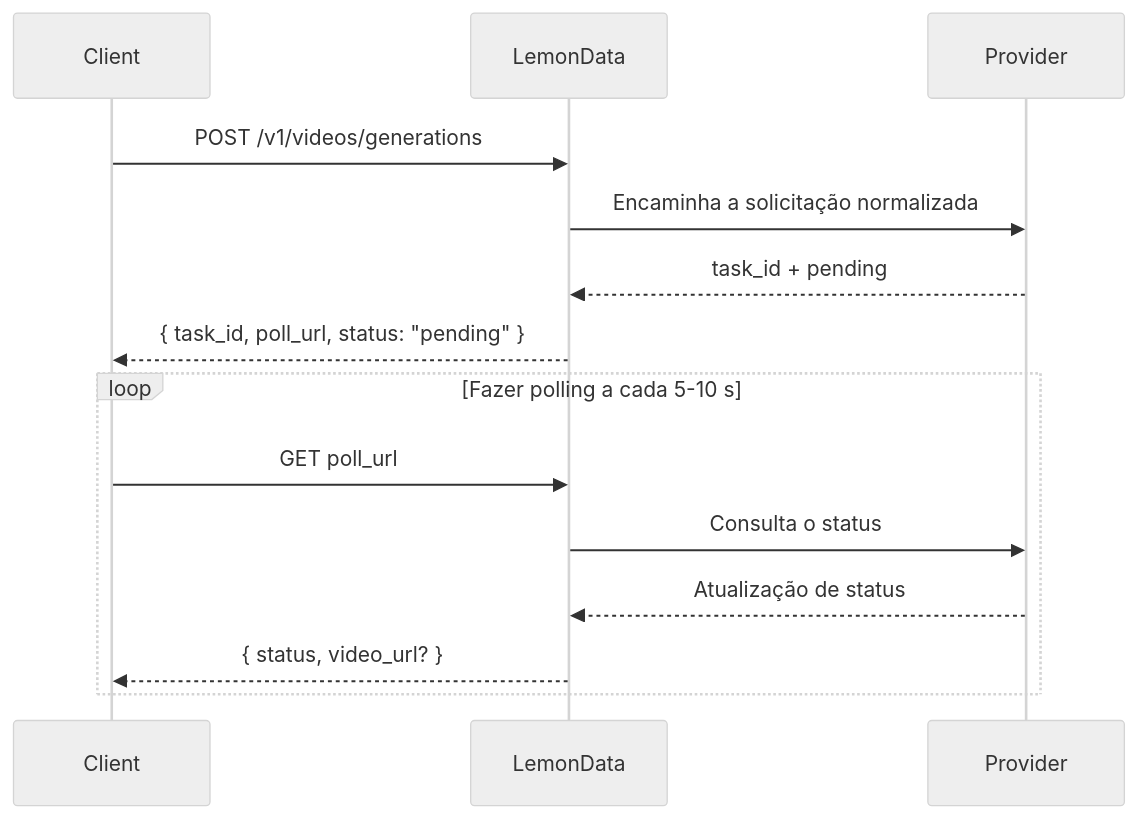
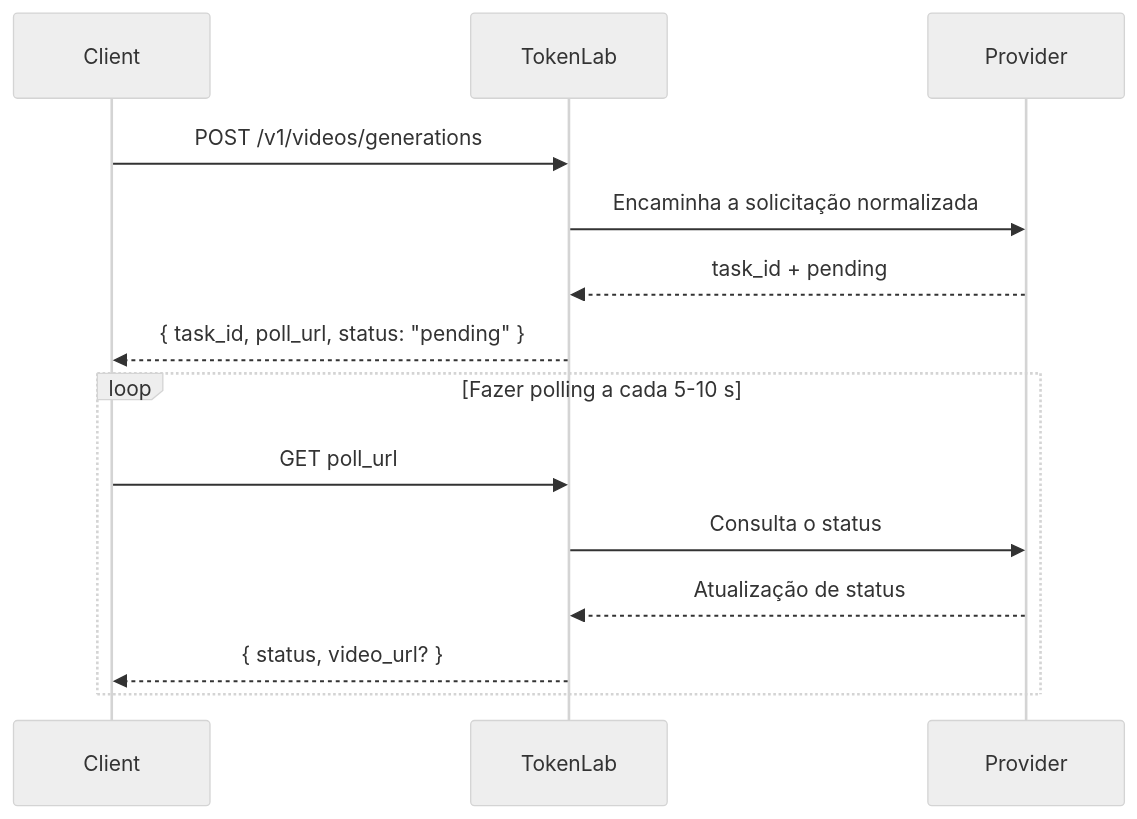
One commit to hedging8563/lemondata-docs changed the diagram in pt/guides/video-generation.mdx. Above: the diagram before and after it, drawn with Mermaid (neutral theme). The commit also changed other lines of this file and 858 other files, not shown here.

````diff
--- a/pt/guides/video-generation.mdx
+++ b/pt/guides/video-generation.mdx
@@ -24,18 +24,18 @@
 ```mermaid
 sequenceDiagram
     participant Client
-    participant LemonData
+    participant TokenLab
     participant Provider
 
-    Client->>LemonData: POST /v1/videos/generations
-    LemonData->>Provider: Encaminha a solicitação normalizada
-    Provider-->>LemonData: task_id + pending
-    LemonData-->>Client: { task_id, poll_url, status: "pending" }
+    Client->>TokenLab: POST /v1/videos/generations
+    TokenLab->>Provider: Encaminha a solicitação normalizada
+    Provider-->>TokenLab: task_id + pending
+    TokenLab-->>Client: { task_id, poll_url, status: "pending" }
 
     loop Fazer polling a cada 5-10 s
-        Client->>LemonData: GET poll_url
-        LemonData->>Provider: Consulta o status
-        Provider-->>LemonData: Atualização de status
-        LemonData-->>Client: { status, video_url? }
+        Client->>TokenLab: GET poll_url
+        TokenLab->>Provider: Consulta o status
+        Provider-->>TokenLab: Atualização de status
+        TokenLab-->>Client: { status, video_url? }
     end
 ```
````
